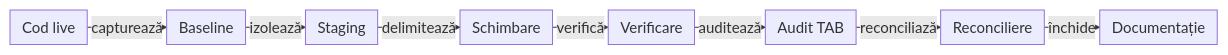
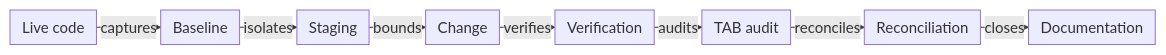
One commit to crististefanita/atf_j1 changed the third of 6 diagrams in docs/ATF_Build_And_Execution_Safety.md. Above: the diagram before and after it, drawn with Mermaid. The commit also changed other lines of this file and 83 other files, not shown here.

````diff
--- a/docs/ATF_Build_And_Execution_Safety.md
+++ b/docs/ATF_Build_And_Execution_Safety.md
@@ -101,11 +102,11 @@
 ```mermaid
 %%{init: {"themeVariables":{"fontSize":"15px"},"themeCSS":".nodeLabel, .nodeLabel p { font-size: 15px !important; line-height: 1.35 !important; } .edgeLabel, .edgeLabel p { font-size: 12px !important; font-weight: 400 !important; line-height: 1.2 !important; } .edgeLabel .labelBkg, .edgeLabel p { background: transparent !important; } .edgeLabel foreignObject { transform: translateY(-18px); overflow: visible; } .node rect { rx: 6px; ry: 6px; }","flowchart":{"curve":"linear","nodeSpacing":24,"rankSpacing":8,"padding":6,"diagramPadding":20}}}%%
 flowchart LR
-    Live["Cod live"] -->|capturează| Baseline["Baseline"]
-    Baseline -->|izolează| Stage["Staging"]
-    Stage -->|delimitează| Change["Schimbare"]
-    Change -->|verifică| Verify["Verificare"]
-    Verify -->|auditează| Audit["Audit TAB"]
-    Audit -->|reconciliază| Reconcile["Reconciliere"]
-    Reconcile -->|închide| Close["Documentație"]
+    Live["Live code"] -->|captures| Baseline["Baseline"]
+    Baseline -->|isolates| Stage["Staging"]
+    Stage -->|bounds| Change["Change"]
+    Change -->|verifies| Verify["Verification"]
+    Verify -->|audits| Audit["TAB audit"]
+    Audit -->|reconciles| Reconcile["Reconciliation"]
+    Reconcile -->|closes| Close["Documentation"]
 ```
````
